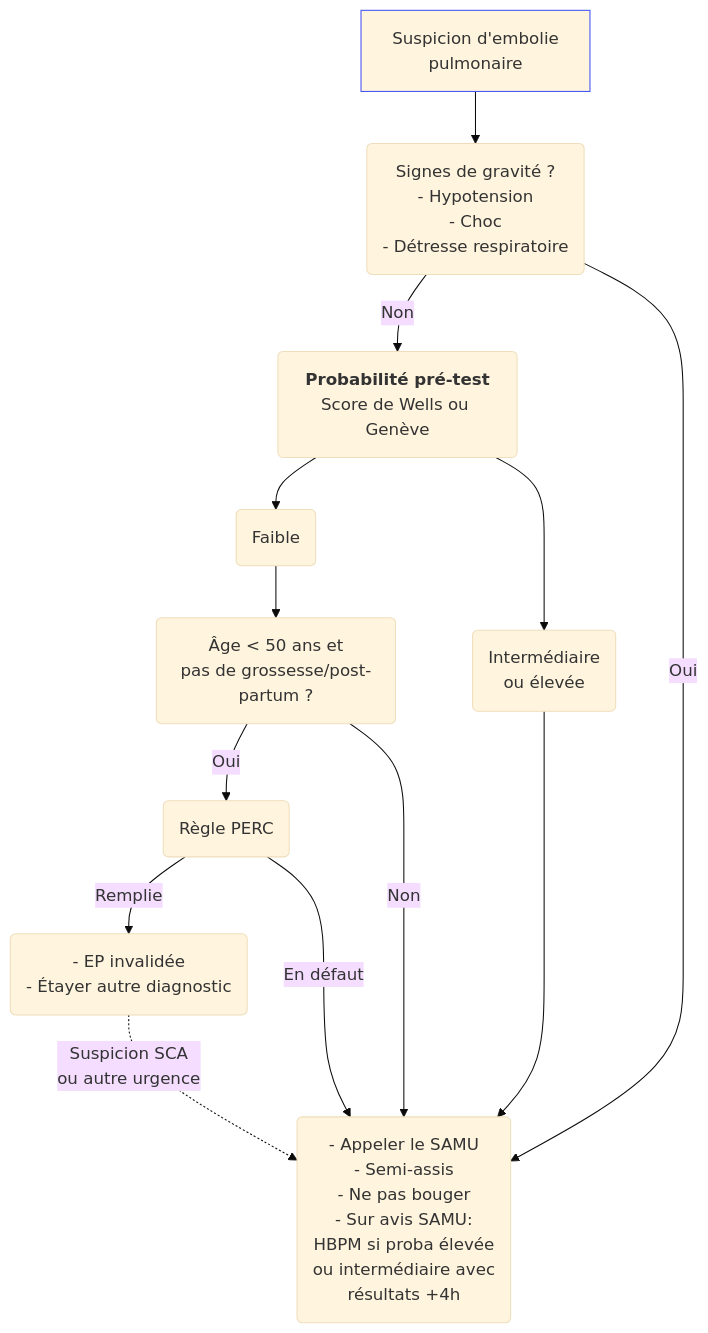
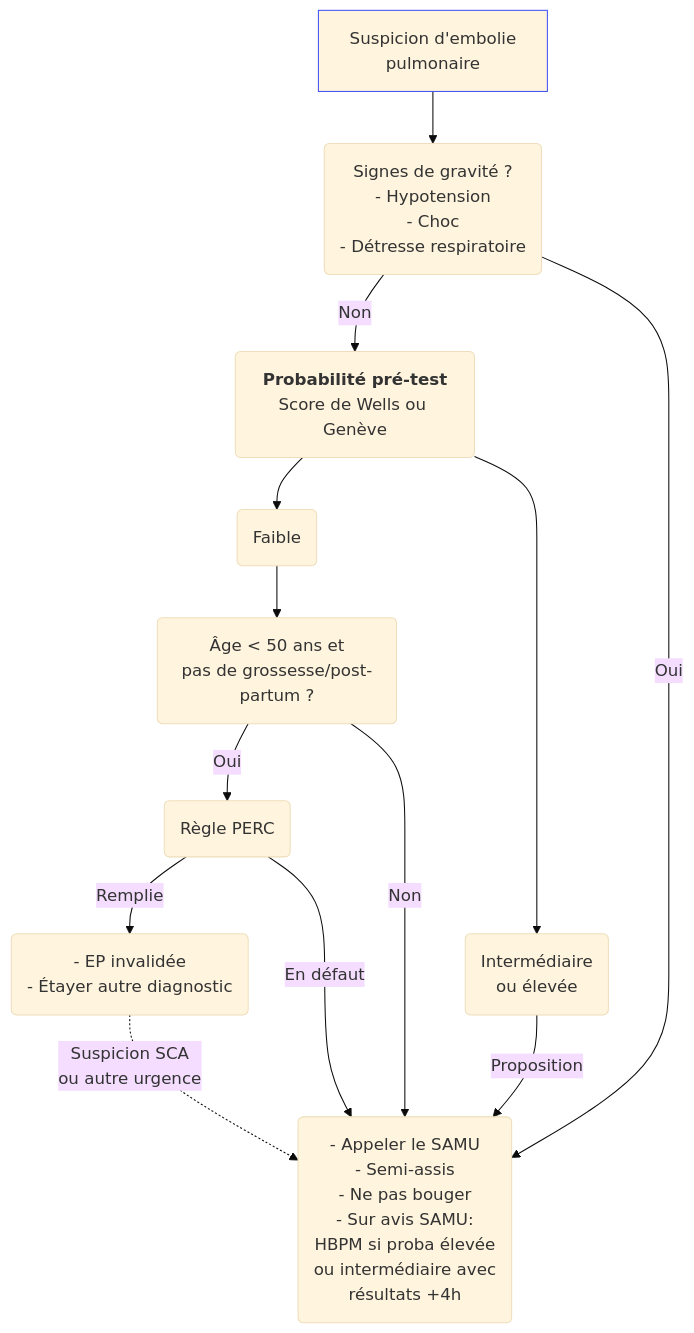
Before and after one commit to djibe/recommandations-medicales: the diagram in content/recommandations/embolie-pulmonaire.md, drawn with Mermaid (base theme). The commit also changed 5 other files, not shown here.

```diff
--- a/content/recommandations/embolie-pulmonaire.md
+++ b/content/recommandations/embolie-pulmonaire.md
@@ -396,13 +396,13 @@
 {{< mermaid title="Prise en charge d'une suspicion d'embolie pulmonaire en ville. Dr JB Fron d'après ESC/ERS 2019, Ameli" >}}
 graph TB
   ep[Suspicion d'embolie<br>pulmonaire] --> gravité("Signes de gravité ?<br>- Hypotension<br>- Choc<br>- Détresse respiratoire")
-  style ep stroke:#4150f5, stroke-width:1px
     gravité -- Non --> probaClin("<b>Probabilité pré-test</b><br>Score de Wells ou Genève")
       probaClin --> faible(Faible) --> age("Âge &lt; 50 ans et<br>pas de grossesse/post-partum ?")
         age -- Oui --> perc(Règle PERC)
           perc -- Remplie --> inval("- EP invalidée<br>- Étayer autre diagnostic") -. "Suspicion SCA<br>ou autre urgence" .-> SAMU
           perc -- "En défaut" --> SAMU
         age -- Non --> SAMU
-      probaClin --> Intermédiaire(Intermédiaire<br>ou élevée) ----> SAMU
+      probaClin --> Intermédiaire(Intermédiaire<br>ou élevée) -- "Proposition" --> SAMU
     gravité -- Oui --> SAMU("- Appeler le SAMU<br>- Semi-assis<br>- Ne pas bouger<br>- Sur avis SAMU:<br>HBPM si proba élevée<br>ou intermédiaire avec<br>résultats +4h")
+    style ep stroke:#4150f5, stroke-width:1px
 {{< /mermaid >}}
```
